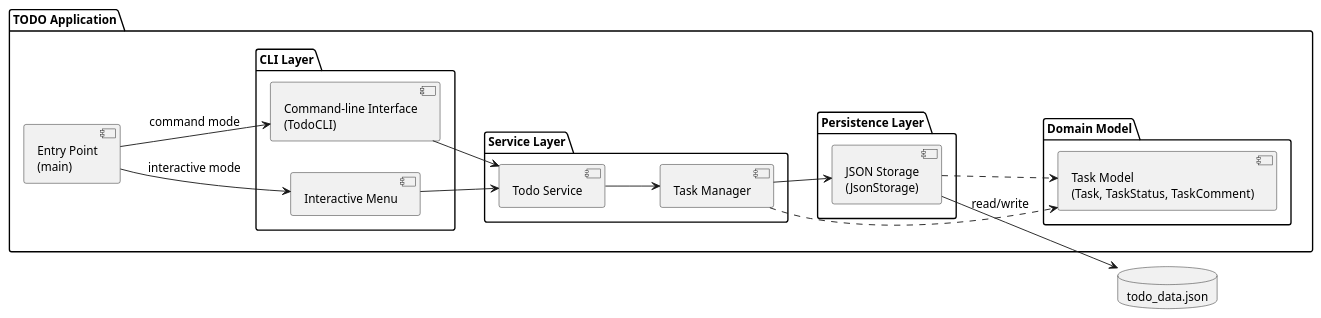
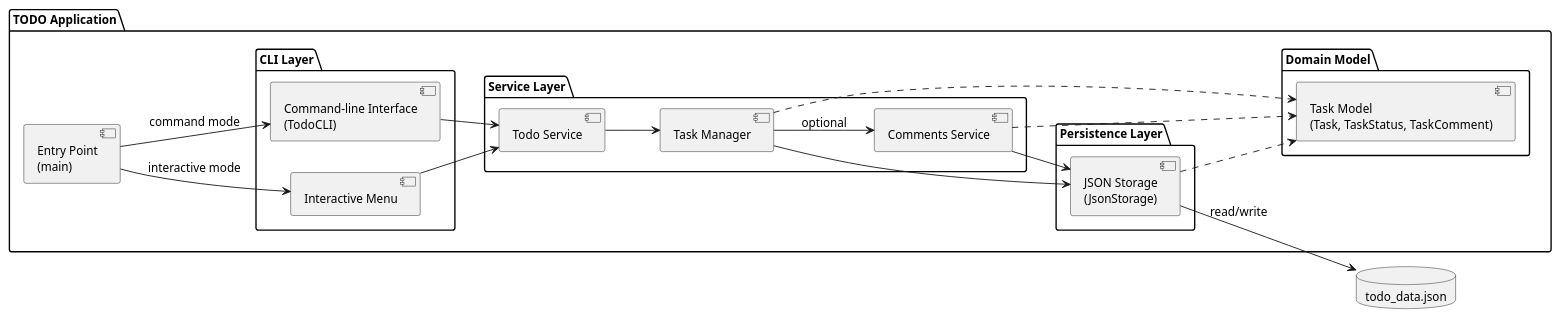
Before and after one commit to DanielRiha8906/Software_autoevolution_using_agents: the diagram in experiments/supervisor_as_tools/structured_text/TODO/artifacts/component_diagram.puml, drawn with PlantUML. The commit also changed 6 other files, not shown here.

First line of the commit message:
task 04 | Add CommentsService for managing TaskComments

```diff
--- a/experiments/supervisor_as_tools/structured_text/TODO/artifacts/component_diagram.puml
+++ b/experiments/supervisor_as_tools/structured_text/TODO/artifacts/component_diagram.puml
@@ -1,46 +1,50 @@
 @startuml component_diagram
 
 skinparam componentStyle uml2
 skinparam defaultFontSize 13
 
 left to right direction
 
 package "TODO Application" {
 
     component "Entry Point\n(main)" as Main
 
     package "CLI Layer" {
         component "Interactive Menu" as IM
         component "Command-line Interface\n(TodoCLI)" as CLI
     }
 
     package "Service Layer" {
         component "Todo Service" as SVC
         component "Task Manager" as MGR
+        component "Comments Service" as CS
     }
 
     package "Domain Model" {
         component "Task Model\n(Task, TaskStatus, TaskComment)" as Model
     }
 
     package "Persistence Layer" {
         component "JSON Storage\n(JsonStorage)" as Storage
     }
 }
 
 database "todo_data.json" as DB
 
 Main --> IM : interactive mode
 Main --> CLI : command mode
 
 IM --> SVC
 CLI --> SVC
 
 SVC --> MGR
 MGR --> Storage
+MGR --> CS : optional
+CS --> Storage
 MGR ..> Model
+CS ..> Model
 Storage ..> Model
 
 Storage --> DB : read/write
 
 @enduml
```
